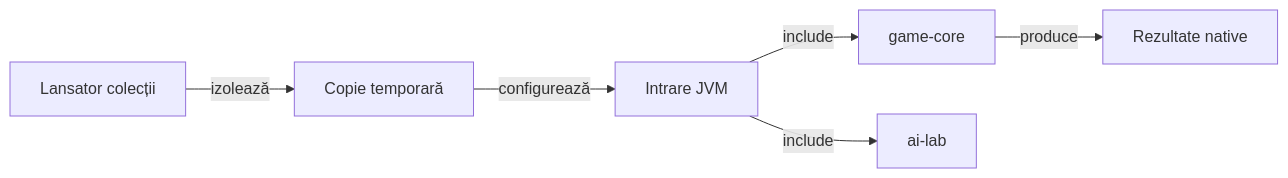
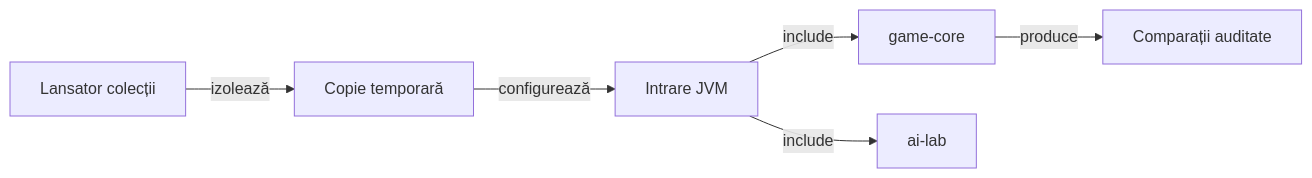
One commit to crististefanita/atf_j4 changed the diagram in whist-lab-app/algorithm-build/README.md. Above: the diagram before and after it, drawn with Mermaid. The commit also changed other lines of this file and 290 other files, not shown here.

````diff
--- a/whist-lab-app/algorithm-build/README.md
+++ b/whist-lab-app/algorithm-build/README.md
@@ -11,8 +11,8 @@
 ```mermaid
 flowchart LR
     RUN[Lansator colecții] -->|izolează| COPY[Copie temporară]
     COPY -->|configurează| BUILD[Intrare JVM]
     BUILD -->|include| CORE[game-core]
     BUILD -->|include| LAB[ai-lab]
-    CORE -->|produce| RESULT[Rezultate native]
+    CORE -->|produce| RESULT[Comparații auditate]
 ```
````
